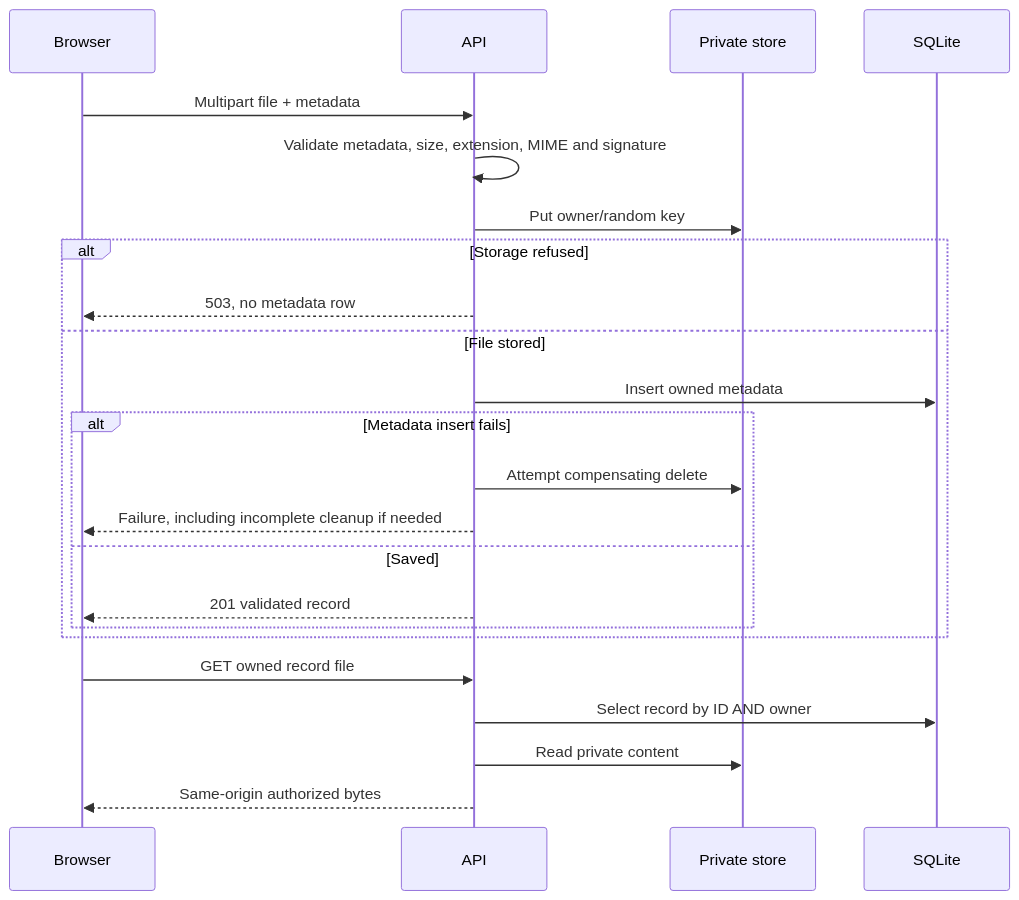
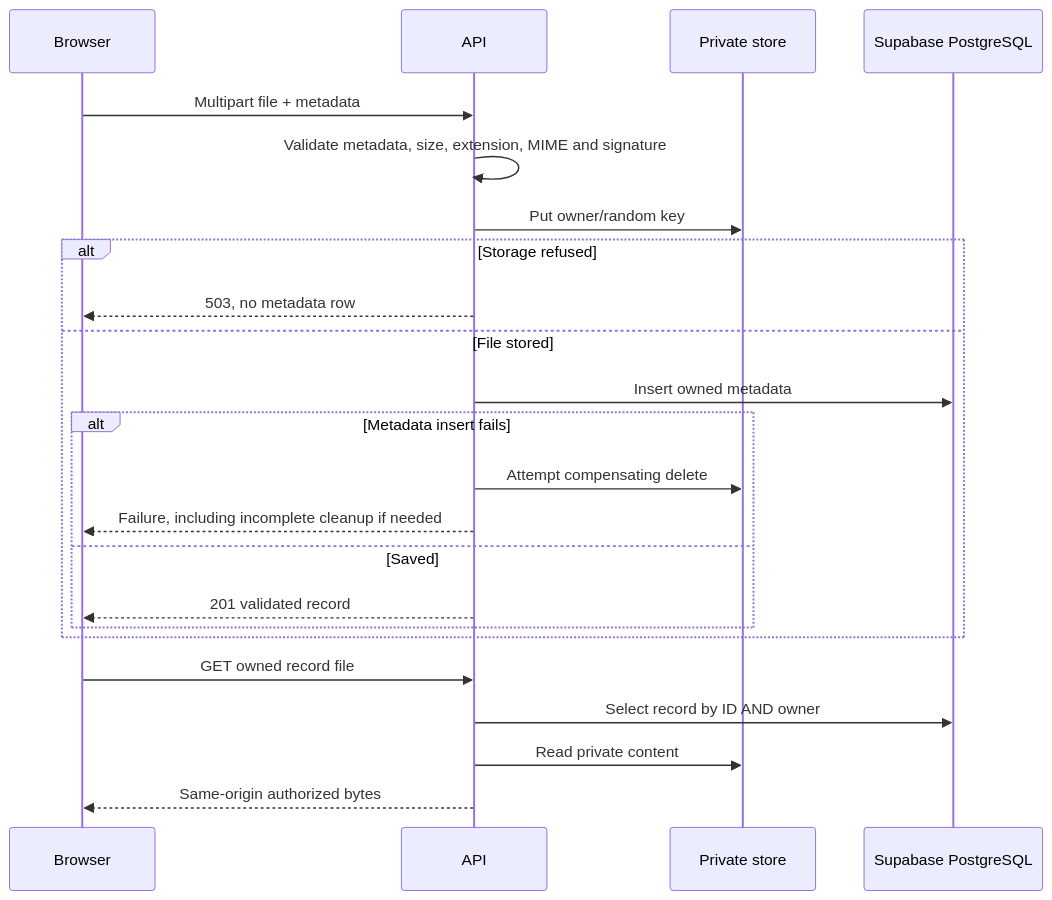
The second of 4 diagrams in docs/flows.md (adrock18/medivault), drawn with Mermaid before and after one commit. The commit also changed other lines of this file and 86 other files, not shown here.

````diff
--- a/docs/flows.md
+++ b/docs/flows.md
@@ -79,25 +173,25 @@
 ```mermaid
 sequenceDiagram
   participant Browser
   participant API
   participant Store as Private store
-  participant DB as SQLite
+  participant DB as Supabase PostgreSQL
   Browser->>API: Multipart file + metadata
   API->>API: Validate metadata, size, extension, MIME and signature
   API->>Store: Put owner/random key
   alt Storage refused
     API-->>Browser: 503, no metadata row
   else File stored
     API->>DB: Insert owned metadata
     alt Metadata insert fails
       API->>Store: Attempt compensating delete
       API-->>Browser: Failure, including incomplete cleanup if needed
     else Saved
       API-->>Browser: 201 validated record
     end
   end
   Browser->>API: GET owned record file
   API->>DB: Select record by ID AND owner
   API->>Store: Read private content
   API-->>Browser: Same-origin authorized bytes
 ```
````
